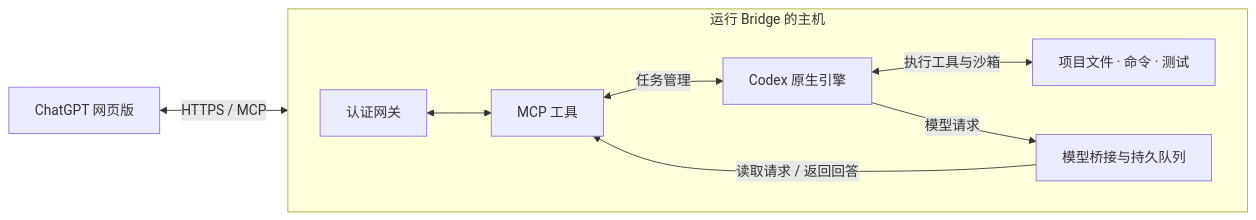
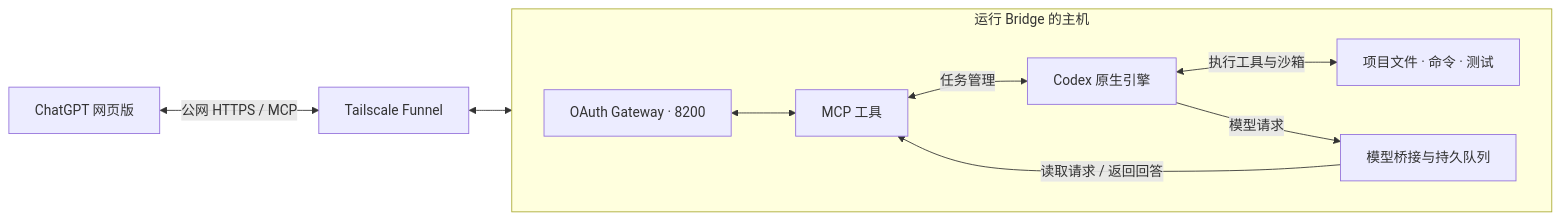
Before and after one commit to Double-wk/ChatGPT-MCP-Bridge: the diagram in README.md, drawn with Mermaid. The commit also changed other lines of this file and 43 other files, not shown here.

````diff
--- a/README.md
+++ b/README.md
@@ -24,12 +24,13 @@
 ```mermaid
 flowchart LR
-    W["ChatGPT 网页版"] <-->|"HTTPS / MCP"| G["认证网关"]
+    W["ChatGPT 网页版"] <-->|"公网 HTTPS / MCP"| F["Tailscale Funnel"]
+    F <--> G["OAuth Gateway · 8200"]
     subgraph H["运行 Bridge 的主机"]
         direction LR
         G <--> M["MCP 工具"]
         M <-->|"任务管理"| C["Codex 原生引擎"]
         C <-->|"执行工具与沙箱"| P["项目文件 · 命令 · 测试"]
         C -->|"模型请求"| R["模型桥接与持久队列"]
         R -->|"读取请求 / 返回回答"| M
     end
 ```
````
